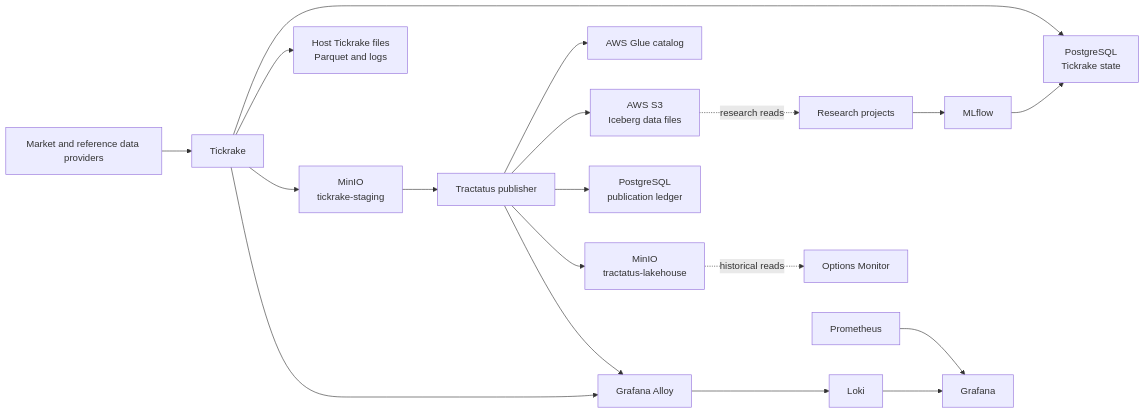
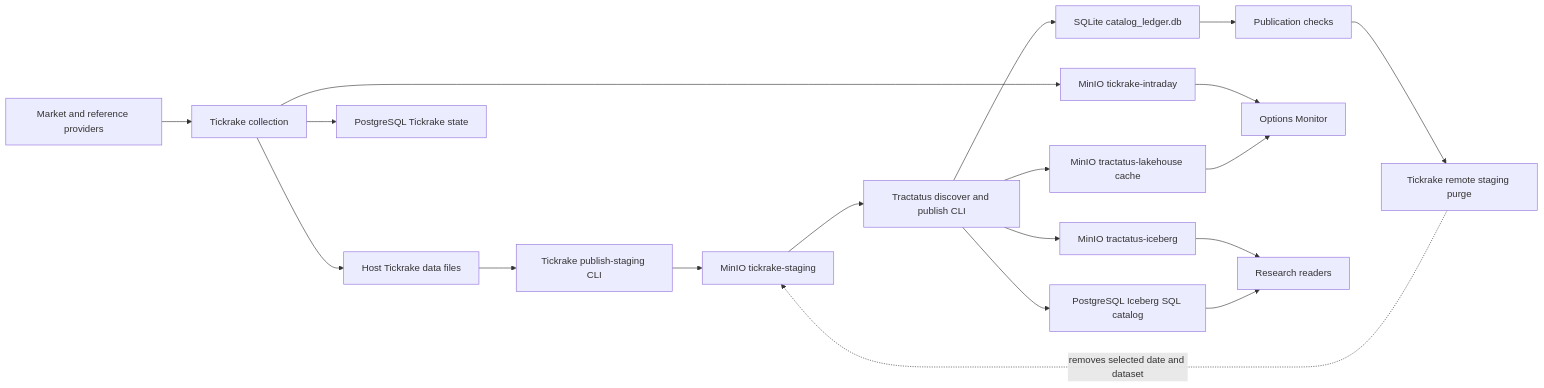
Before and after one commit to jwplatta/quant-infra: the diagram in docs/architecture.md, drawn with Mermaid. The commit also changed other lines of this file and 4 other files, not shown here.

Commit message:
docs(platform): describe local lakehouse workflow

````diff
--- a/docs/architecture.md
+++ b/docs/architecture.md
@@ -10,22 +10,21 @@
 ```mermaid
 flowchart LR
-    providers["Market and reference data providers"] --> tickrake["Tickrake"]
-    tickrake --> pg["PostgreSQL\nTickrake state"]
-    tickrake --> local["Host Tickrake files\nParquet and logs"]
-    tickrake --> staging["MinIO\ntickrake-staging"]
-    staging --> tractatus["Tractatus publisher"]
-    tractatus --> glue["AWS Glue catalog"]
-    tractatus --> s3["AWS S3\nIceberg data files"]
-    tractatus --> ledger["PostgreSQL\npublication ledger"]
-    tractatus --> cache["MinIO\ntractatus-lakehouse"]
-    cache -. historical reads .-> monitor["Options Monitor"]
-    s3 -. research reads .-> research["Research projects"]
-    research --> mlflow["MLflow"]
-    mlflow --> pg
-
-    tickrake --> logs["Grafana Alloy"]
-    tractatus --> logs
-    logs --> loki["Loki"]
-    prometheus["Prometheus"] --> grafana["Grafana"]
-    loki --> grafana
+    providers[Market and reference providers] --> tickrake[Tickrake collection]
+    tickrake --> files[Host Tickrake data files]
+    tickrake --> tickdb[PostgreSQL Tickrake state]
+    tickrake --> intraday[MinIO tickrake-intraday]
+    files --> stagecmd[Tickrake publish-staging CLI]
+    stagecmd --> staging[MinIO tickrake-staging]
+    staging --> tractatus[Tractatus discover and publish CLI]
+    tractatus --> iceberg[MinIO tractatus-iceberg]
+    tractatus --> catalog[PostgreSQL Iceberg SQL catalog]
+    tractatus --> ledger[SQLite catalog_ledger.db]
+    tractatus --> cache[MinIO tractatus-lakehouse cache]
+    ledger --> check[Publication checks]
+    check --> purge[Tickrake remote staging purge]
+    purge -. removes selected date and dataset .-> staging
+    intraday --> monitor[Options Monitor]
+    cache --> monitor
+    iceberg --> research[Research readers]
+    catalog --> research
 ```
````
